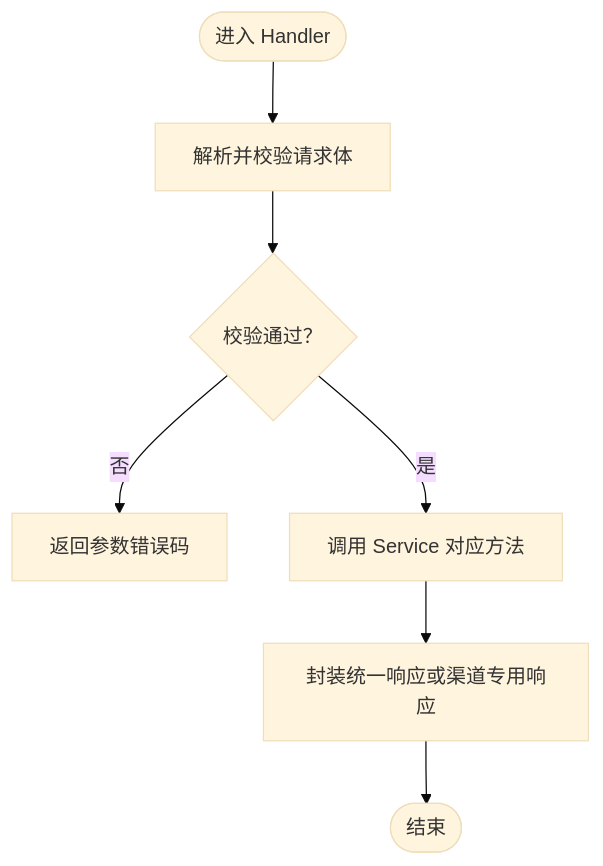
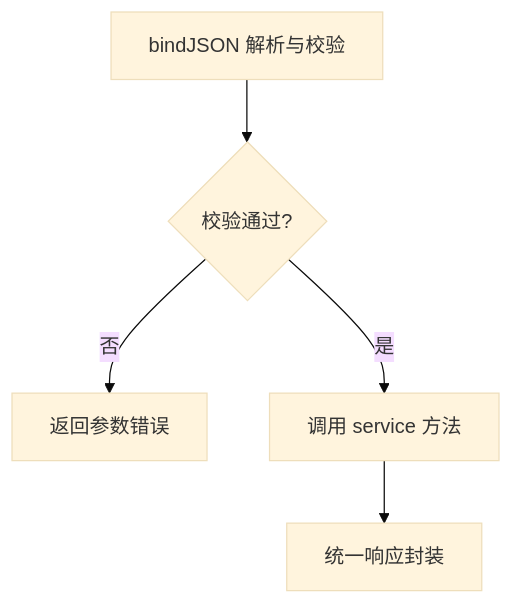
Before and after one commit to gbtdesign/payment: the fifth of 9 diagrams in .qoder/repowiki/zh/content/架构设计/架构设计.md, drawn with Mermaid (base theme). The commit also changed other lines of this file and 107 other files, not shown here.

````diff
--- a/.qoder/repowiki/zh/content/架构设计/架构设计.md
+++ b/.qoder/repowiki/zh/content/架构设计/架构设计.md
@@ -183,9 +218,7 @@
 ```mermaid
 flowchart TD
-Start(["进入 Handler"]) --> Bind["解析并校验请求体"]
-Bind --> Valid{"校验通过？"}
-Valid --> |否| Err["返回参数错误码"]
-Valid --> |是| CallSvc["调用 Service 对应方法"]
-CallSvc --> Resp["封装统一响应或渠道专用响应"]
-Resp --> End(["结束"])
+Bind["bindJSON 解析与校验"] --> Valid{"校验通过?"}
+Valid --> |否| Err["返回参数错误"]
+Valid --> |是| CallSvc["调用 service 方法"]
+CallSvc --> Resp["统一响应封装"]
 ```
````
